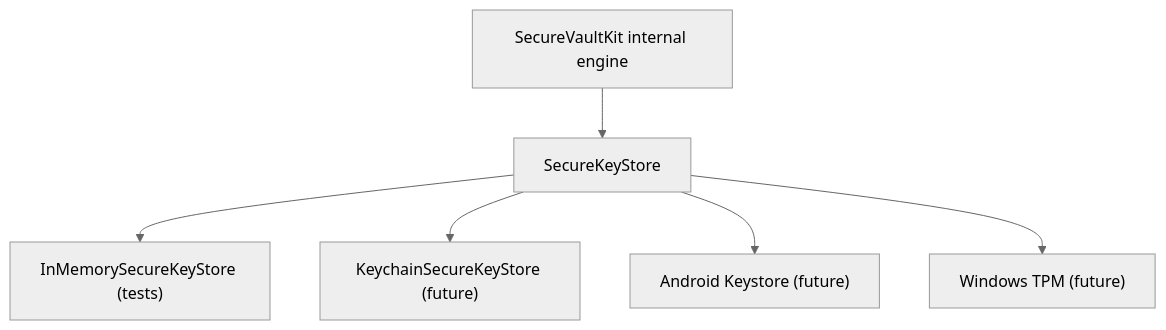
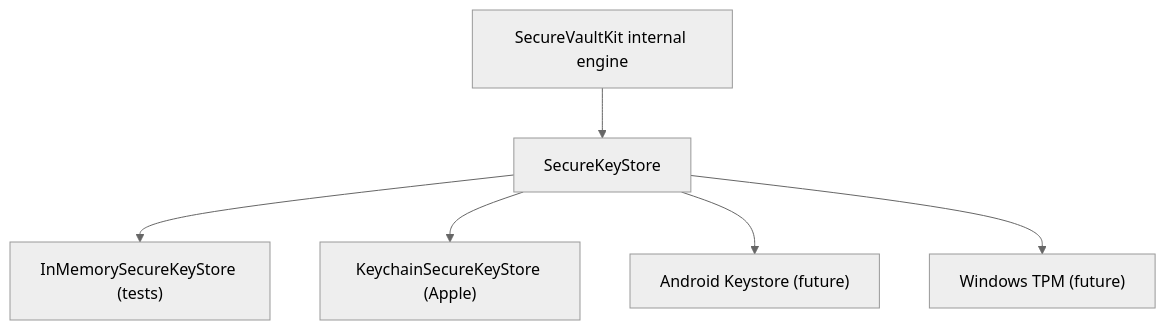
Before and after one commit to rupeshsaxena/aegis-vault: the diagram in docs/003-security/Secure Key Storage Foundation.md, drawn with Mermaid (neutral theme). The commit also changed other lines of this file and 9 other files, not shown here.

Commit message:
feat: add keychain secure key store foundation

````diff
--- a/docs/003-security/Secure Key Storage Foundation.md
+++ b/docs/003-security/Secure Key Storage Foundation.md
@@ -15,8 +18,8 @@
 ```mermaid
 flowchart TD
     Engine["SecureVaultKit internal engine"] --> Store["SecureKeyStore"]
     Store --> Memory["InMemorySecureKeyStore (tests)"]
-    Store --> Keychain["KeychainSecureKeyStore (future)"]
+    Store --> Keychain["KeychainSecureKeyStore (Apple)"]
     Store --> Keystore["Android Keystore (future)"]
     Store --> TPM["Windows TPM (future)"]
 ```
````
